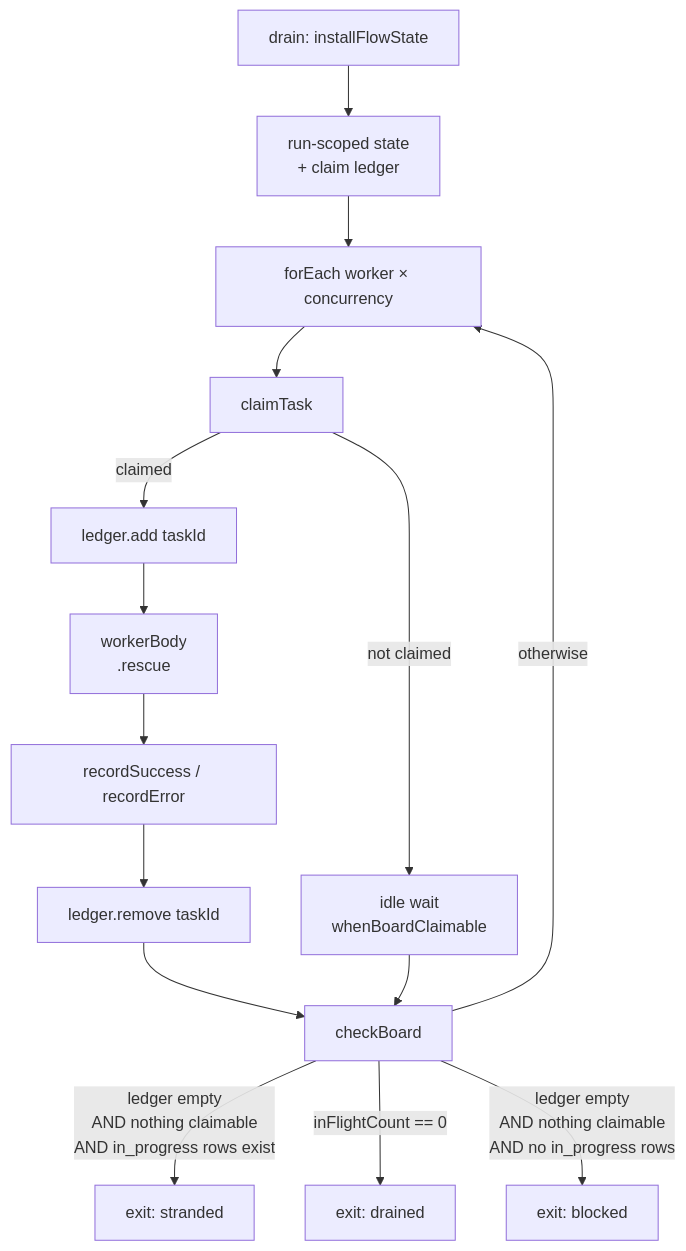
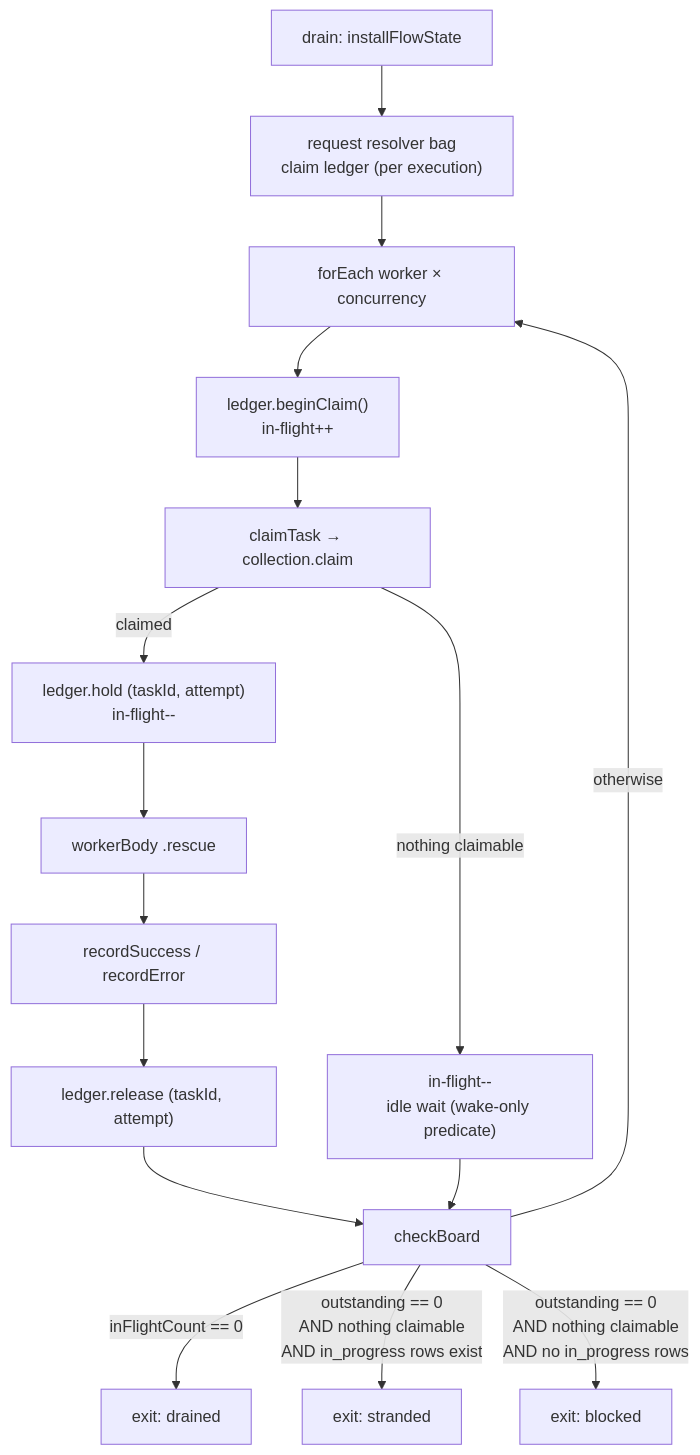
One commit to fixpoint-labs/flow-state-dev changed the diagram in docs/specs/FIX-978.md. Above: the diagram before and after it, drawn with Mermaid. The commit also changed other lines of this file, not shown here.

First line of the commit message:
spec(FIX-978): fold round-1 review — awaiting_review, ledger home, claim window

````diff
--- a/docs/specs/FIX-978.md
+++ b/docs/specs/FIX-978.md
@@ -317,17 +404,18 @@
 ```mermaid
 flowchart TD
-  A[drain: installFlowState] --> B[run-scoped state<br/>+ claim ledger]
+  A[drain: installFlowState] --> B["request resolver bag<br/>claim ledger (per execution)"]
   B --> C[forEach worker × concurrency]
-  C --> D[claimTask]
-  D -->|claimed| E[ledger.add taskId]
-  E --> F[workerBody<br/>.rescue]
+  C --> D1["ledger.beginClaim()<br/>in-flight++"]
+  D1 --> D[claimTask → collection.claim]
+  D -->|claimed| E["ledger.hold (taskId, attempt)<br/>in-flight--"]
+  D -->|nothing claimable| I["in-flight--<br/>idle wait (wake-only predicate)"]
+  E --> F[workerBody .rescue]
   F --> G[recordSuccess / recordError]
-  G --> H[ledger.remove taskId]
-  D -->|not claimed| I[idle wait<br/>whenBoardClaimable]
+  G --> H["ledger.release (taskId, attempt)"]
   H --> J[checkBoard]
   I --> J
-  J -->|ledger empty<br/>AND nothing claimable<br/>AND in_progress rows exist| K["exit: stranded"]
   J -->|inFlightCount == 0| L["exit: drained"]
-  J -->|ledger empty<br/>AND nothing claimable<br/>AND no in_progress rows| M["exit: blocked"]
+  J -->|"outstanding == 0<br/>AND nothing claimable<br/>AND in_progress rows exist"| K["exit: stranded"]
+  J -->|"outstanding == 0<br/>AND nothing claimable<br/>AND no in_progress rows"| M["exit: blocked"]
   J -->|otherwise| C
 ```
````
